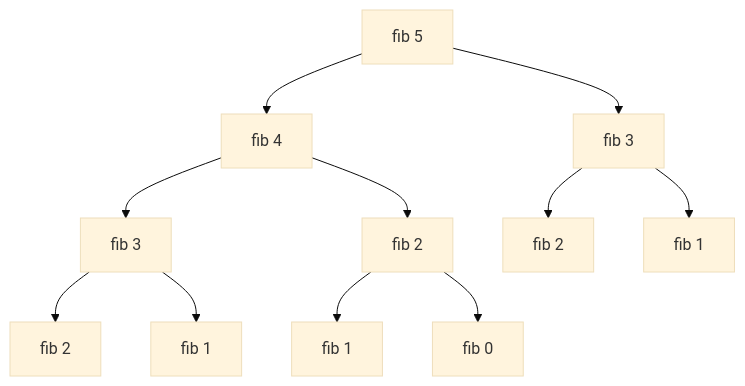
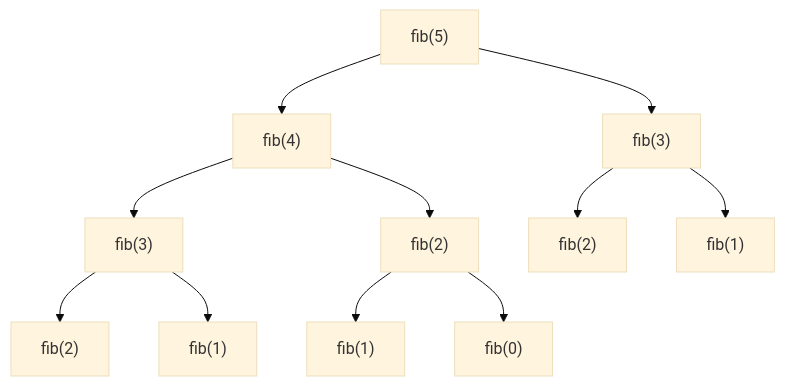
The fourth of 4 diagrams in 05_recursion_backtracking/21_recursion.md (davidchen0970/algorithm_note), drawn with Mermaid (base theme) before and after one commit. The commit also changed other lines of this file, not shown here.

````diff
--- a/05_recursion_backtracking/21_recursion.md
+++ b/05_recursion_backtracking/21_recursion.md
@@ -219,13 +269,13 @@
 ```mermaid
 graph TD
-    A[fib 5] --> B[fib 4]
-    A --> C[fib 3]
-    B --> D[fib 3]
-    B --> E[fib 2]
-    C --> F[fib 2]
-    C --> G[fib 1]
-    D --> H[fib 2]
-    D --> I[fib 1]
-    E --> J[fib 1]
-    E --> K[fib 0]
+    A["fib(5)"] --> B["fib(4)"]
+    A --> C["fib(3)"]
+    B --> D["fib(3)"]
+    B --> E["fib(2)"]
+    C --> F["fib(2)"]
+    C --> G["fib(1)"]
+    D --> H["fib(2)"]
+    D --> I["fib(1)"]
+    E --> J["fib(1)"]
+    E --> K["fib(0)"]
 ```
````
